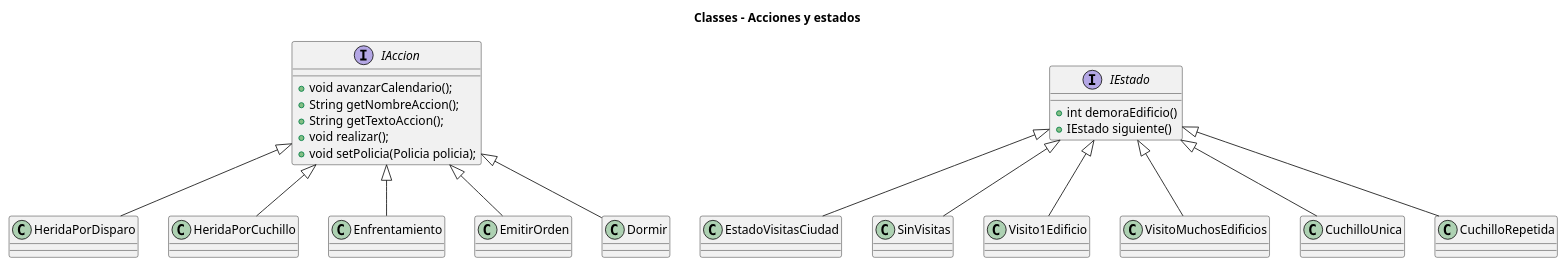
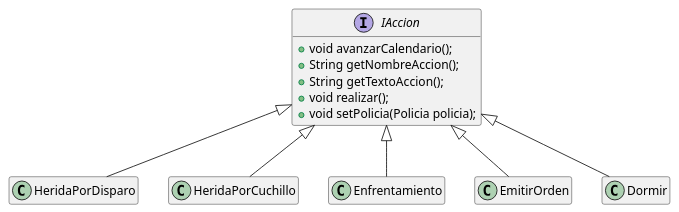
Before and after one commit to MarconMatias/TP2-AyPIII: the first of 2 diagrams in diagrams/classes/clase_acciones_estados.plantuml, drawn with PlantUML. The commit also changed 2 other files, not shown here.

Commit message:
Divido en dos diagramas y compilo

```diff
--- a/diagrams/classes/clase_acciones_estados.plantuml
+++ b/diagrams/classes/clase_acciones_estados.plantuml
@@ -1,44 +1,23 @@
-@startuml
-
-title Classes - Acciones y estados
+@startuml DC_IAccion
+hide empty members
 
 interface IAccion {
   + void avanzarCalendario();
   + String getNombreAccion();
   + String getTextoAccion();
   + void realizar();
   + void setPolicia(Policia policia);
 }
 class HeridaPorDisparo
 class HeridaPorCuchillo
 class Enfrentamiento
 class EmitirOrden
 class Dormir
 
 IAccion <|-- HeridaPorDisparo 
 IAccion <|-- HeridaPorCuchillo
 IAccion <|-- Enfrentamiento 
 IAccion <|-- EmitirOrden 
 IAccion <|-- Dormir 
 
-interface IEstado {
-  + int demoraEdificio()
-  + IEstado siguiente()
-}
-
-class EstadoVisitasCiudad
-class SinVisitas
-class Visito1Edificio
-class VisitoMuchosEdificios
-class CuchilloUnica
-class CuchilloRepetida
-
-IEstado <|-- CuchilloUnica 
-IEstado <|-- CuchilloRepetida
-IEstado <|-- EstadoVisitasCiudad 
-IEstado <|-- SinVisitas
-IEstado <|-- Visito1Edificio 
-IEstado <|-- VisitoMuchosEdificios
-
-
 @enduml
```
